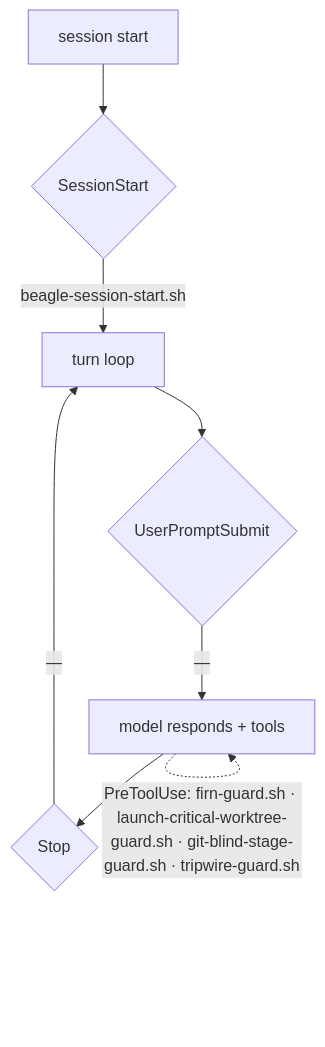
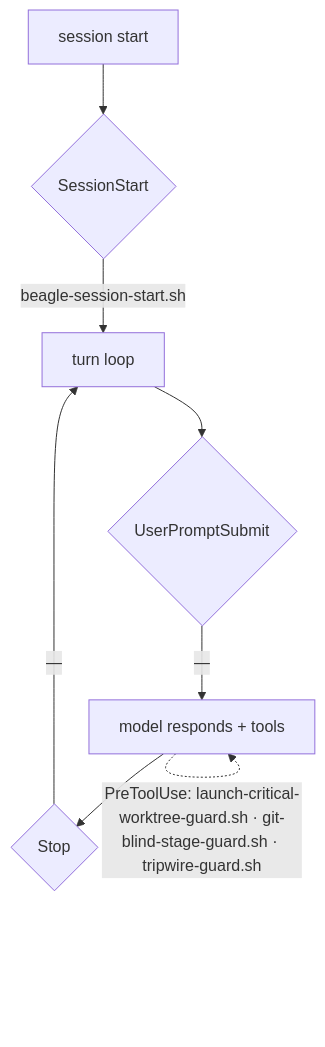
One commit to tompassarelli/firn changed the diagram in docs/claude/02-local-map.md. Above: the diagram before and after it, drawn with Mermaid. The commit also changed other lines of this file and 90 other files, not shown here.

````diff
--- a/docs/claude/02-local-map.md
+++ b/docs/claude/02-local-map.md
@@ -46,10 +46,10 @@
 ```mermaid
 flowchart TD
   A[session start] --> B{SessionStart}
   B -->|"beagle-session-start.sh"| C[turn loop]
   C --> D{UserPromptSubmit}
   D -->|"—"| E["model responds + tools"]
-  E -.->|"PreToolUse: firn-guard.sh · launch-critical-worktree-guard.sh · git-blind-stage-guard.sh · tripwire-guard.sh"| E
+  E -.->|"PreToolUse: launch-critical-worktree-guard.sh · git-blind-stage-guard.sh · tripwire-guard.sh"| E
   E --> F{Stop}
   F -->|"—"| C
 ```
````
